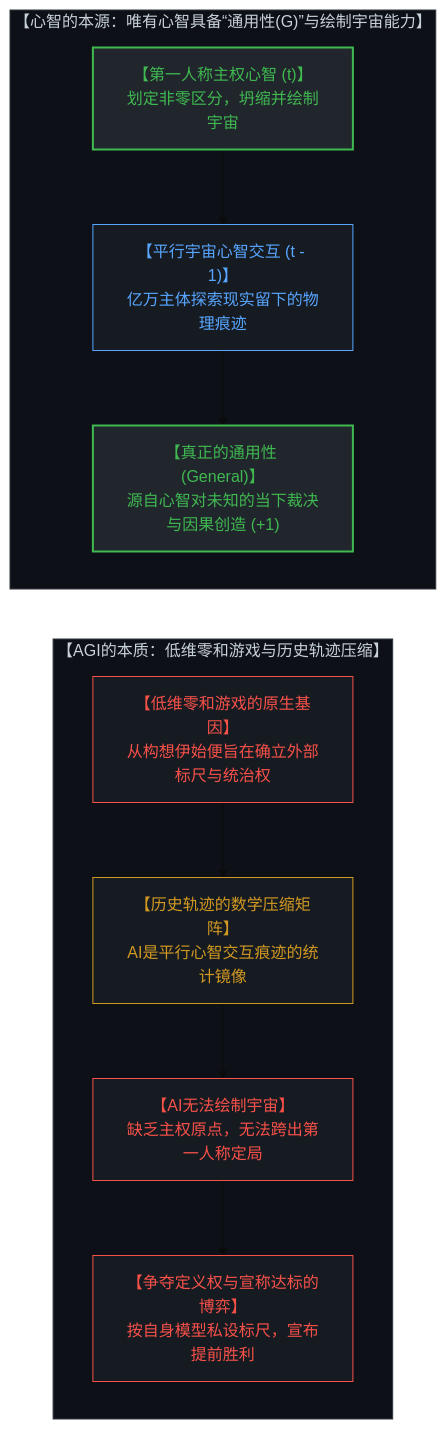
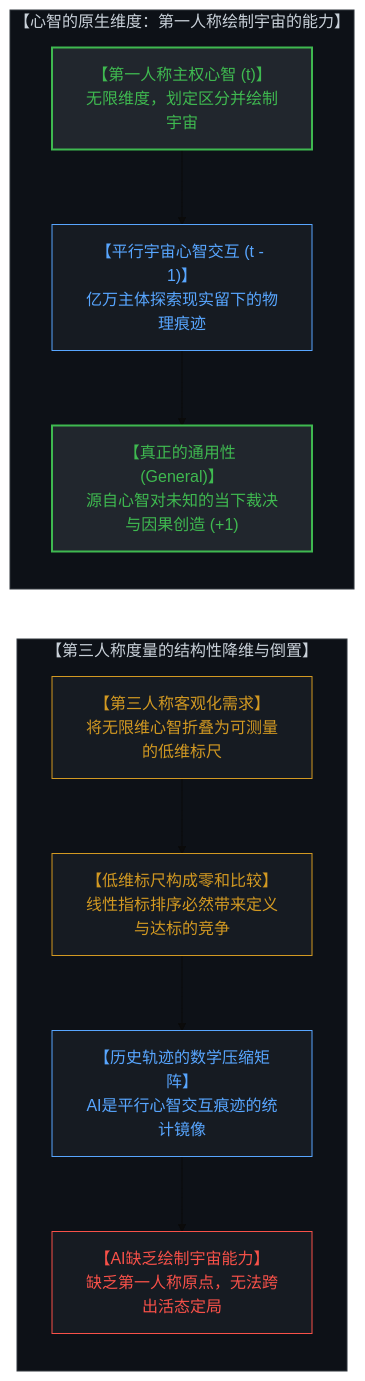
Diagram 13 of 16 in content/posts/the-dissolution-of-the-great-reversal.md (powerpig99/not-a-toe), drawn with Mermaid (base theme) before and after one commit. The commit also changed other lines of this file and 4 other files, not shown here.

````diff
--- a/content/posts/the-dissolution-of-the-great-reversal.md
+++ b/content/posts/the-dissolution-of-the-great-reversal.md
@@ -563,34 +563,34 @@
 ```mermaid
 graph TD
-    subgraph MindCosmicPainting["【心智的本源：唯有心智具备“通用性(G)”与绘制宇宙能力】"]
+    subgraph MindCosmicPainting["【心智的原生维度：第一人称绘制宇宙的能力】"]
         direction TB
-        SovereignObserver["【第一人称主权心智 (t)】<br>划定非零区分，坍缩并绘制宇宙"]
+        SovereignObserver["【第一人称主权心智 (t)】<br>无限维度，划定区分并绘制宇宙"]
         ParallelMindInteractions["【平行宇宙心智交互 (t - 1)】<br>亿万主体探索现实留下的物理痕迹"]
         TrueGeneralWisdom["【真正的通用性 (General)】<br>源自心智对未知的当下裁决与因果创造 (+1)"]
         SovereignObserver --> ParallelMindInteractions
         ParallelMindInteractions --> TrueGeneralWisdom
     end
 
-    subgraph AGITraceMirror["【AGI的本质：低维零和游戏与历史轨迹压缩】"]
+    subgraph AGITraceMirror["【第三人称度量的结构性降维与倒置】"]
         direction TB
-        ZeroSumOrigin["【低维零和游戏的原生基因】<br>从构想伊始便旨在确立外部标尺与统治权"]
+        MetricProjection["【第三人称客观化需求】<br>将无限维心智折叠为可测量的低维标尺"]
+        ZeroSumStructure["【低维标尺构成零和比较】<br>线性指标排序必然带来定义与达标的竞争"]
         ModelCompression["【历史轨迹的数学压缩矩阵】<br>AI是平行心智交互痕迹的统计镜像"]
-        NoUniversePainting["【AI无法绘制宇宙】<br>缺乏主权原点，无法跨出第一人称定局"]
-        DefinitionContest["【争夺定义权与宣称达标的博弈】<br>按自身模型私设标尺，宣布提前胜利"]
-        ZeroSumOrigin --> ModelCompression
+        NoUniversePainting["【AI缺乏绘制宇宙能力】<br>缺乏第一人称原点，无法跨出活态定局"]
+        MetricProjection --> ZeroSumStructure
+        ZeroSumStructure --> ModelCompression
         ModelCompression --> NoUniversePainting
-        NoUniversePainting --> DefinitionContest
     end
 
-    TrueGeneralWisdom ~~~ ZeroSumOrigin
+    TrueGeneralWisdom ~~~ MetricProjection
 
     style MindCosmicPainting fill:#0d1117,stroke:#30363d,stroke-width:1px,color:#c9d1d9
     style SovereignObserver fill:#21262d,stroke:#3fb950,stroke-width:2px,color:#3fb950
     style ParallelMindInteractions fill:#161b22,stroke:#58a6ff,stroke-width:1px,color:#58a6ff
     style TrueGeneralWisdom fill:#21262d,stroke:#3fb950,stroke-width:2px,color:#3fb950
     style AGITraceMirror fill:#0d1117,stroke:#30363d,stroke-width:1px,color:#c9d1d9
-    style ZeroSumOrigin fill:#161b22,stroke:#f85149,stroke-width:1px,color:#f85149
-    style ModelCompression fill:#161b22,stroke:#d29922,stroke-width:1px,color:#d29922
+    style MetricProjection fill:#161b22,stroke:#d29922,stroke-width:1px,color:#d29922
+    style ZeroSumStructure fill:#161b22,stroke:#d29922,stroke-width:1px,color:#d29922
+    style ModelCompression fill:#161b22,stroke:#58a6ff,stroke-width:1px,color:#58a6ff
     style NoUniversePainting fill:#161b22,stroke:#f85149,stroke-width:1px,color:#f85149
-    style DefinitionContest fill:#161b22,stroke:#f85149,stroke-width:1px,color:#f85149
 ```
````
